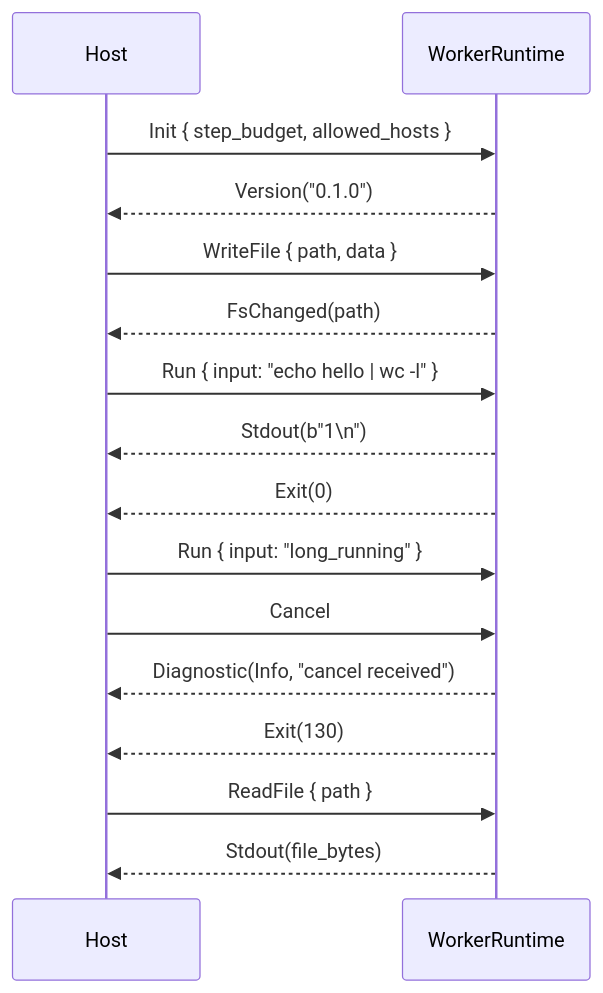
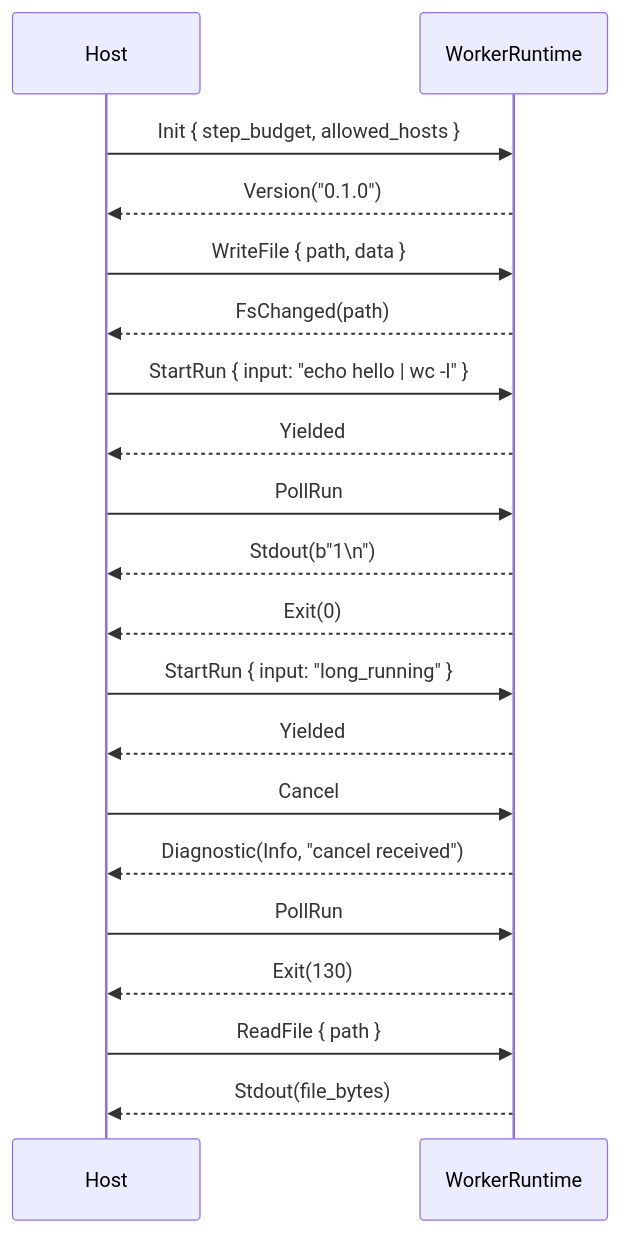
The diagram in docs/reference/protocol.md (mayflower/wasmsh), drawn with Mermaid before and after one commit. The commit also changed other lines of this file and 32 other files, not shown here.

````diff
--- a/docs/reference/protocol.md
+++ b/docs/reference/protocol.md
@@ -35,23 +44,27 @@
 ```mermaid
 sequenceDiagram
     participant Host
     participant Runtime as WorkerRuntime
 
     Host->>Runtime: Init { step_budget, allowed_hosts }
     Runtime-->>Host: Version("0.1.0")
 
     Host->>Runtime: WriteFile { path, data }
     Runtime-->>Host: FsChanged(path)
 
-    Host->>Runtime: Run { input: "echo hello | wc -l" }
+    Host->>Runtime: StartRun { input: "echo hello | wc -l" }
+    Runtime-->>Host: Yielded
+    Host->>Runtime: PollRun
     Runtime-->>Host: Stdout(b"1\n")
     Runtime-->>Host: Exit(0)
 
-    Host->>Runtime: Run { input: "long_running" }
+    Host->>Runtime: StartRun { input: "long_running" }
+    Runtime-->>Host: Yielded
     Host->>Runtime: Cancel
     Runtime-->>Host: Diagnostic(Info, "cancel received")
+    Host->>Runtime: PollRun
     Runtime-->>Host: Exit(130)
 
     Host->>Runtime: ReadFile { path }
     Runtime-->>Host: Stdout(file_bytes)
 ```
````
